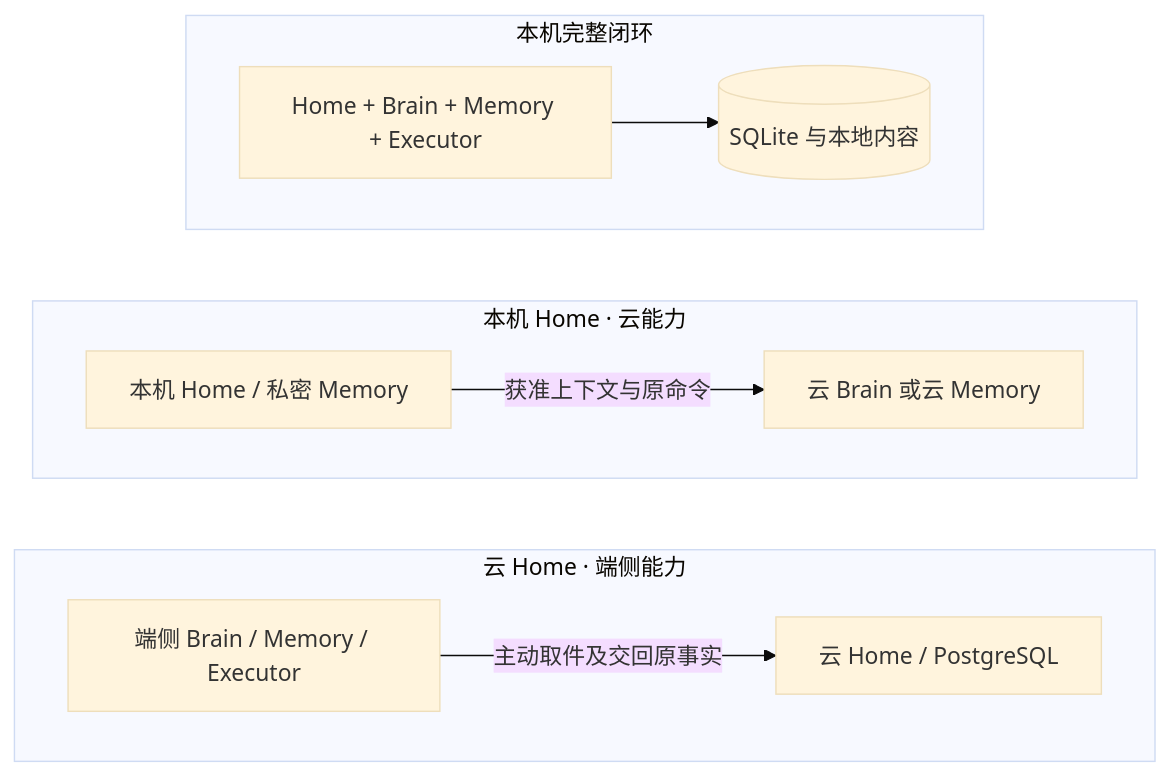
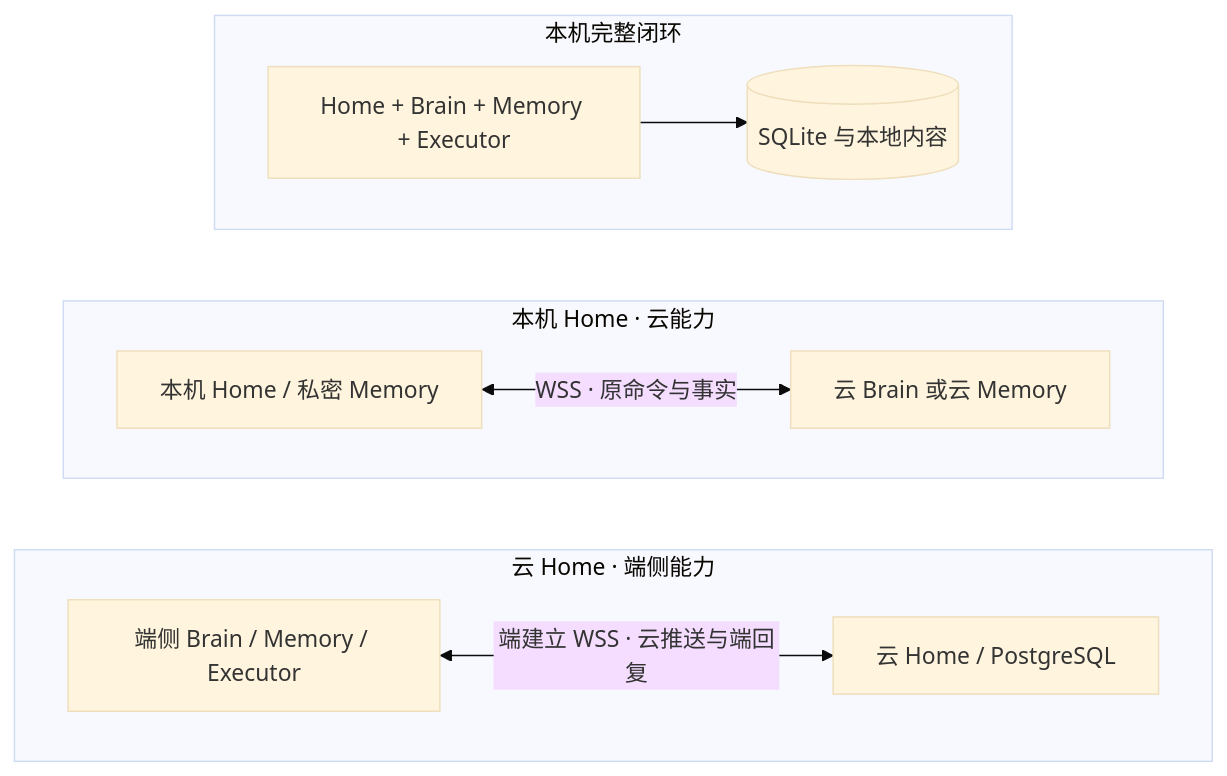
One commit to ruipengliu/lerna changed the first of 2 diagrams in docs/architecture/deployment.md. Above: the diagram before and after it, drawn with Mermaid (base theme). The commit also changed other lines of this file and 103 other files, not shown here.

Commit message:
docs: expand architecture contracts and UML models

````diff
--- a/docs/architecture/deployment.md
+++ b/docs/architecture/deployment.md
@@ -28,20 +29,20 @@
 ```mermaid
 flowchart TB
     subgraph L[本机完整闭环]
       H1[Home + Brain + Memory + Executor]
       D1[(SQLite 与本地内容)]
       H1 --> D1
     end
     subgraph M[本机 Home · 云能力]
       H2[本机 Home / 私密 Memory]
       B2[云 Brain 或云 Memory]
-      H2 -->|获准上下文与原命令| B2
+      H2 <-->|WSS · 原命令与事实| B2
     end
     subgraph C[云 Home · 端侧能力]
       H3[云 Home / PostgreSQL]
       E3[端侧 Brain / Memory / Executor]
-      E3 -->|主动取件及交回原事实| H3
+      E3 <-->|端建立 WSS · 云推送与端回复| H3
     end
     L ~~~ M
     M ~~~ C
 ```
````
